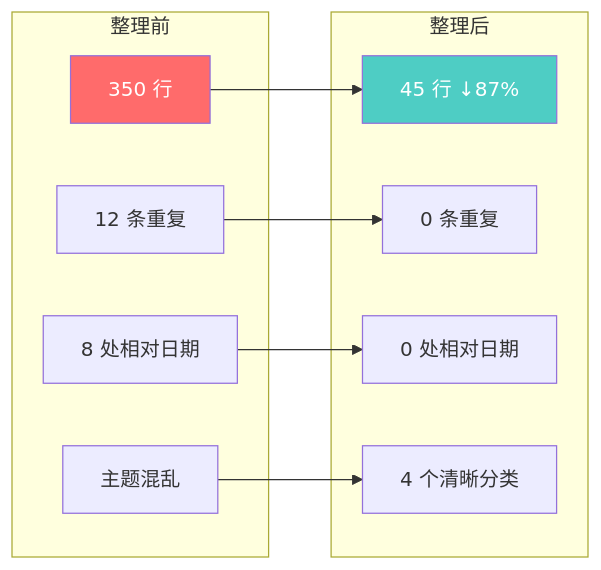
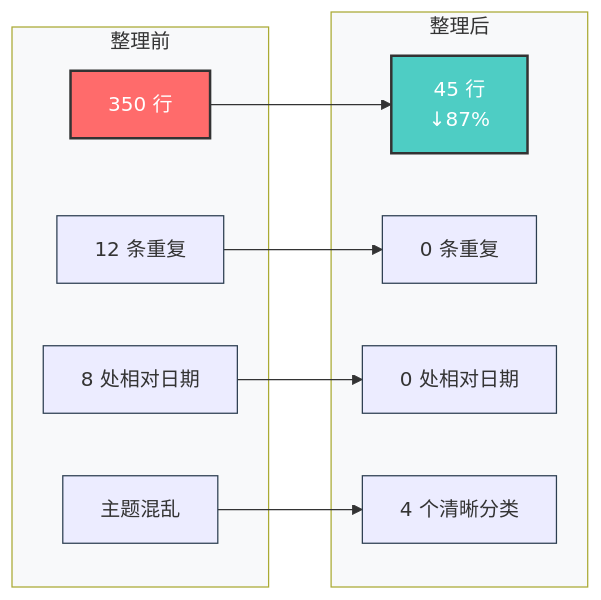
Before and after one commit to yufengyuanx/blog: the fifth of 11 diagrams in docs/research/claude-code-auto-dream.md, drawn with Mermaid. The commit also changed other lines of this file, not shown here.

Commit message:
fix: 修复所有 Mermaid 图表字体大小和语法问题

````diff
--- a/docs/research/claude-code-auto-dream.md
+++ b/docs/research/claude-code-auto-dream.md
@@ -222,24 +226,25 @@
 ```mermaid
+%%{init: {'theme': 'default', 'themeVariables': { 'fontSize': '16px', 'nodeBorder': '#2c3e50', 'clusterBkg': '#f8f9fa' }}}%%
 graph LR
     subgraph 整理前
         A1[350 行]
         A2[12 条重复]
         A3[8 处相对日期]
         A4[主题混乱]
     end
     
     subgraph 整理后
-        B1[45 行 ↓87%]
+        B1[45 行\n↓87%]
         B2[0 条重复]
         B3[0 处相对日期]
         B4[4 个清晰分类]
     end
     
     A1 --> B1
     A2 --> B2
     A3 --> B3
     A4 --> B4
     
-    style A1 fill:#ff6b6b,color:#fff
-    style B1 fill:#4ecdc4,color:#fff
+    style A1 fill:#ff6b6b,color:#fff,stroke:#333,stroke-width:2px
+    style B1 fill:#4ecdc4,color:#fff,stroke:#333,stroke-width:2px
 ```
````
